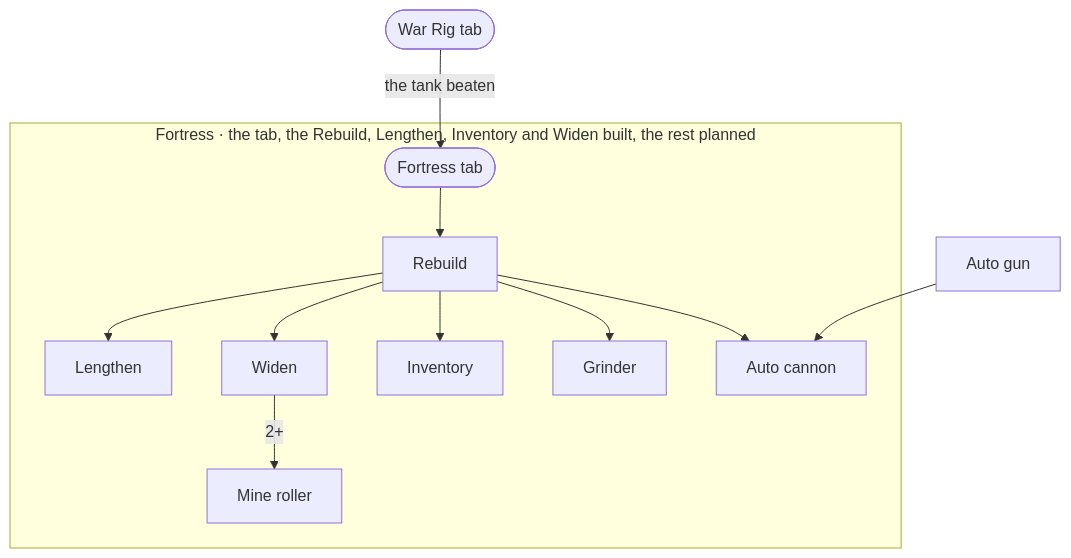
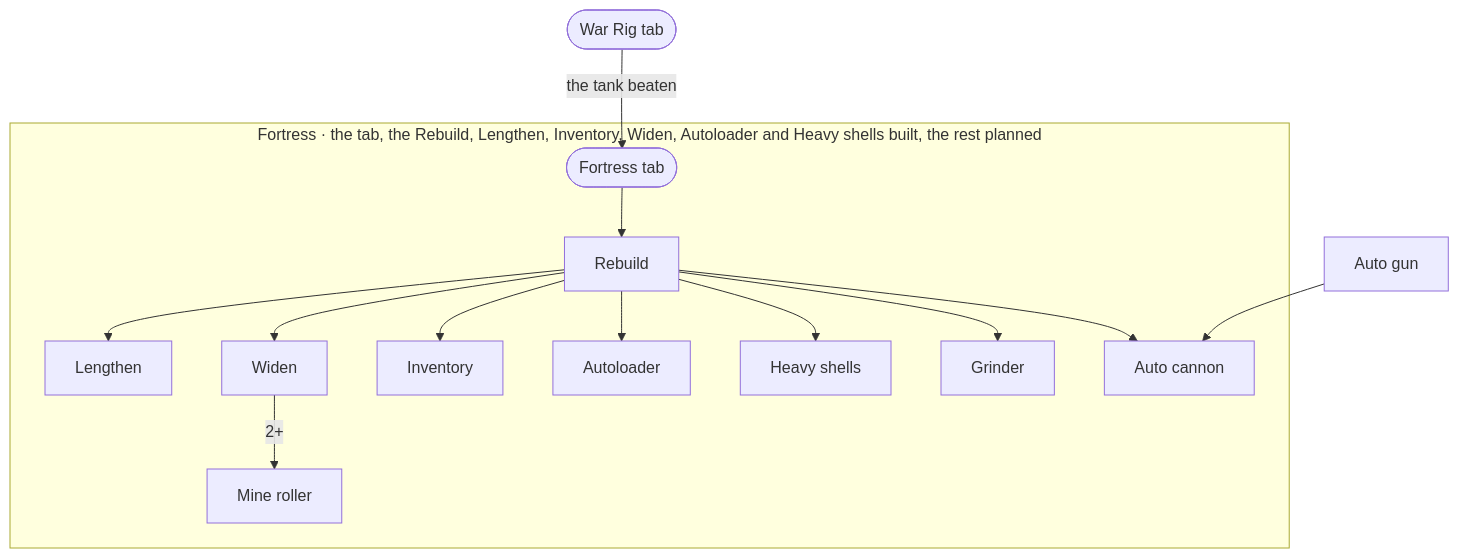
Before and after one commit to fulibacsi/rev-it: the second of 2 diagrams in docs/upgrade-graph.md, drawn with Mermaid. The commit also changed other lines of this file and 4 other files, not shown here.

First line of the commit message:
Act 5, layer 13: the cannon's Autoloader and Heavy shells, for scrap

````diff
--- a/docs/upgrade-graph.md
+++ b/docs/upgrade-graph.md
@@ -268,18 +271,20 @@
 ```mermaid
 flowchart TD
-  subgraph X["Fortress · the tab, the Rebuild, Lengthen, Inventory and Widen built, the rest planned"]
+  subgraph X["Fortress · the tab, the Rebuild, Lengthen, Inventory, Widen, Autoloader and Heavy shells built, the rest planned"]
     fortressTab(["Fortress tab"])
     rebuild["Rebuild"]
     lengthen["Lengthen"]
     widen["Widen"]
     inventory["Inventory"]
+    autoloader["Autoloader"]
+    heavyShells["Heavy shells"]
     grinder["Grinder"]
     roller["Mine roller"]
     autocannon["Auto cannon"]
   end
   warrig(["War Rig tab"]) -- "the tank beaten" --> fortressTab
   fortressTab --> rebuild
-  rebuild --> lengthen & widen & inventory & grinder & autocannon
+  rebuild --> lengthen & widen & inventory & autoloader & heavyShells & grinder & autocannon
   widen -- "2+" --> roller
   autogun["Auto gun"] --> autocannon
 ```
````
